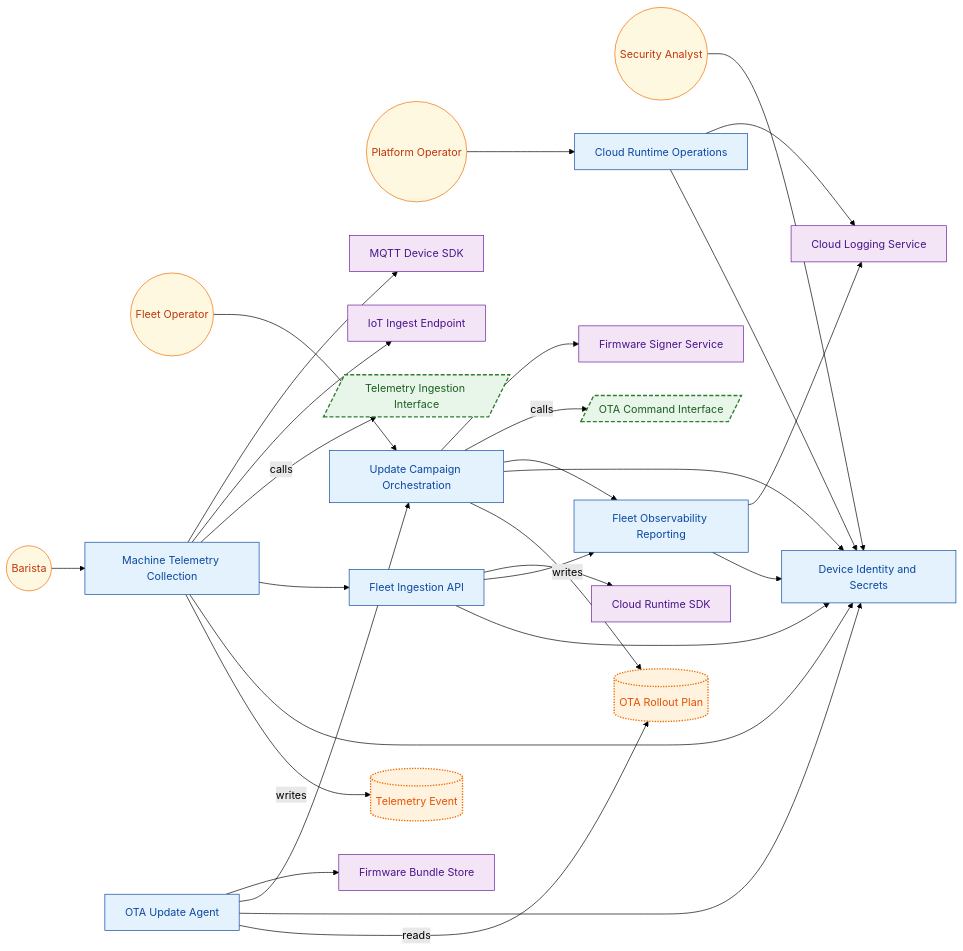
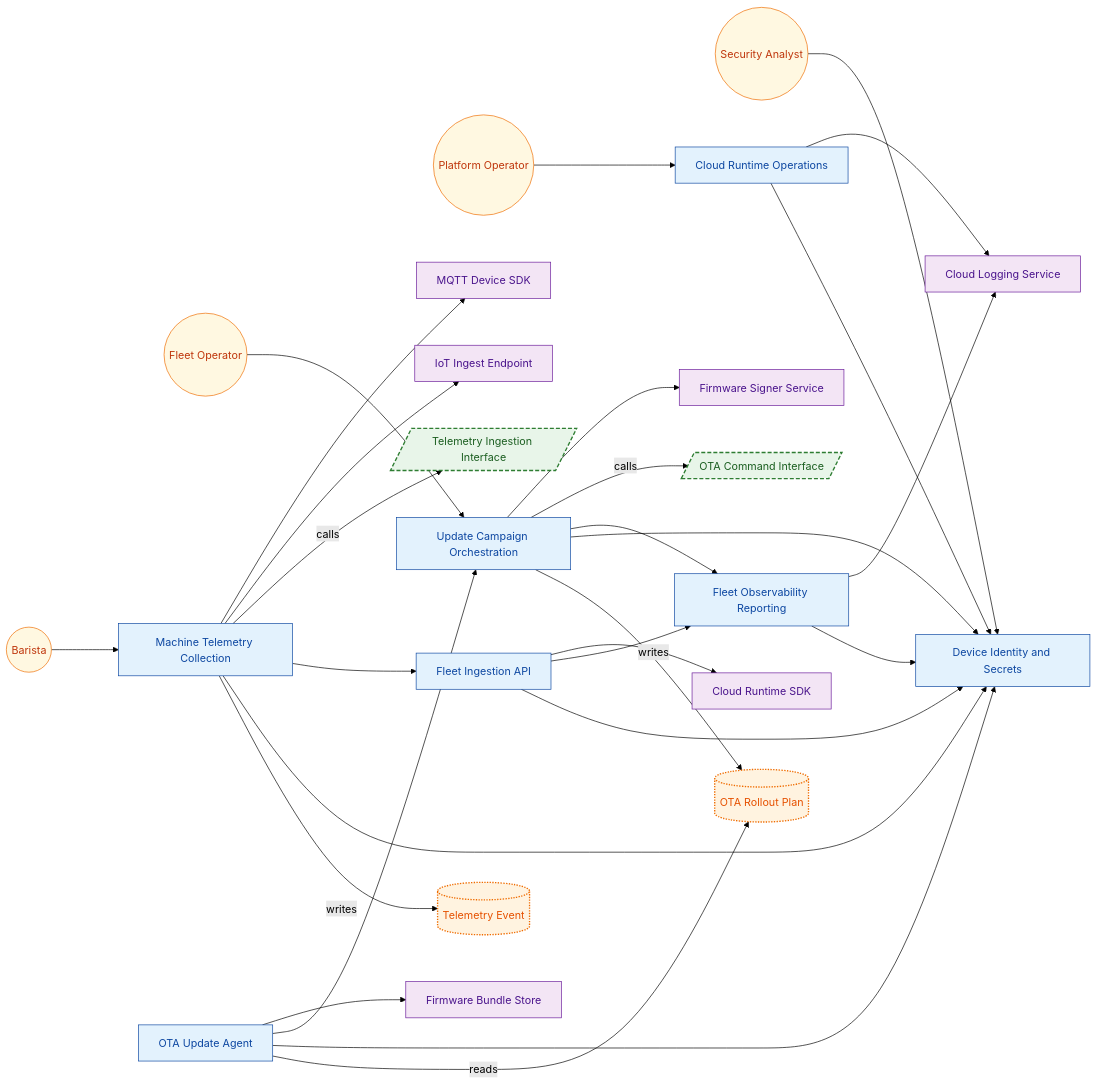
The diagram in examples/coffee-fleet-ota-cloud-sample/generated/VIEW-COMMUNICATION.mmd (labeth/engineering-model-go), drawn with Mermaid (forest theme) before and after one commit. The commit also changed 54 other files, not shown here.

```diff
--- a/examples/coffee-fleet-ota-cloud-sample/generated/VIEW-COMMUNICATION.mmd
+++ b/examples/coffee-fleet-ota-cloud-sample/generated/VIEW-COMMUNICATION.mmd
@@ -1,70 +1,71 @@
+%%{init: {"flowchart": {"nodeSpacing": 70, "rankSpacing": 100}}}%%
 flowchart LR
 %% view: VIEW-COMMUNICATION (communication)
 N_ACT_BARISTA(("Barista")):::actor
 N_ACT_FLEET_OPERATOR(("Fleet Operator")):::actor
 N_ACT_PLATFORM_OPERATOR(("Platform Operator")):::actor
 N_ACT_SECURITY_ANALYST(("Security Analyst")):::actor
 N_DO_COFFEE_OTA_PLAN[("OTA Rollout Plan")]:::data_object
 N_DO_COFFEE_TELEMETRY_EVENT[("Telemetry Event")]:::data_object
 N_FU_CLOUD_RUNTIME_OPERATIONS["Cloud Runtime Operations"]:::functional_unit
 N_FU_DEVICE_IDENTITY_SECRETS["Device Identity and Secrets"]:::functional_unit
 N_FU_FLEET_INGESTION_API["Fleet Ingestion API"]:::functional_unit
 N_FU_FLEET_OBSERVABILITY_REPORTING["Fleet Observability Reporting"]:::functional_unit
 N_FU_MACHINE_TELEMETRY_COLLECTION["Machine Telemetry Collection"]:::functional_unit
 N_FU_OTA_UPDATE_AGENT["OTA Update Agent"]:::functional_unit
 N_FU_UPDATE_CAMPAIGN_ORCHESTRATION["Update Campaign Orchestration"]:::functional_unit
 N_IF_COFFEE_OTA_COMMAND[/"OTA Command Interface"/]:::interface
 N_IF_COFFEE_TELEMETRY_INGEST[/"Telemetry Ingestion Interface"/]:::interface
 N_REF_CLOUD_LOGGING_SERVICE["Cloud Logging Service"]:::referenced_element
 N_REF_CLOUD_RUNTIME_SDK["Cloud Runtime SDK"]:::referenced_element
 N_REF_FIRMWARE_BUNDLE_STORE["Firmware Bundle Store"]:::referenced_element
 N_REF_FIRMWARE_SIGNER_SERVICE["Firmware Signer Service"]:::referenced_element
 N_REF_IOT_INGEST_ENDPOINT["IoT Ingest Endpoint"]:::referenced_element
 N_REF_MQTT_DEVICE_SDK["MQTT Device SDK"]:::referenced_element
 N_ACT_BARISTA --> N_FU_MACHINE_TELEMETRY_COLLECTION
 N_ACT_FLEET_OPERATOR --> N_FU_UPDATE_CAMPAIGN_ORCHESTRATION
 N_ACT_PLATFORM_OPERATOR --> N_FU_CLOUD_RUNTIME_OPERATIONS
 N_ACT_SECURITY_ANALYST --> N_FU_DEVICE_IDENTITY_SECRETS
 N_FU_CLOUD_RUNTIME_OPERATIONS --> N_FU_DEVICE_IDENTITY_SECRETS
 N_FU_CLOUD_RUNTIME_OPERATIONS --> N_REF_CLOUD_LOGGING_SERVICE
 N_FU_FLEET_INGESTION_API --> N_FU_DEVICE_IDENTITY_SECRETS
 N_FU_FLEET_INGESTION_API --> N_FU_FLEET_OBSERVABILITY_REPORTING
 N_FU_FLEET_INGESTION_API --> N_REF_CLOUD_RUNTIME_SDK
 N_FU_FLEET_OBSERVABILITY_REPORTING --> N_FU_DEVICE_IDENTITY_SECRETS
 N_FU_FLEET_OBSERVABILITY_REPORTING --> N_REF_CLOUD_LOGGING_SERVICE
 N_FU_MACHINE_TELEMETRY_COLLECTION -->|writes| N_DO_COFFEE_TELEMETRY_EVENT
 N_FU_MACHINE_TELEMETRY_COLLECTION --> N_FU_DEVICE_IDENTITY_SECRETS
 N_FU_MACHINE_TELEMETRY_COLLECTION --> N_FU_FLEET_INGESTION_API
 N_FU_MACHINE_TELEMETRY_COLLECTION -->|calls| N_IF_COFFEE_TELEMETRY_INGEST
 N_FU_MACHINE_TELEMETRY_COLLECTION --> N_REF_IOT_INGEST_ENDPOINT
 N_FU_MACHINE_TELEMETRY_COLLECTION --> N_REF_MQTT_DEVICE_SDK
 N_FU_OTA_UPDATE_AGENT -->|reads| N_DO_COFFEE_OTA_PLAN
 N_FU_OTA_UPDATE_AGENT --> N_FU_DEVICE_IDENTITY_SECRETS
 N_FU_OTA_UPDATE_AGENT --> N_FU_UPDATE_CAMPAIGN_ORCHESTRATION
 N_FU_OTA_UPDATE_AGENT --> N_REF_FIRMWARE_BUNDLE_STORE
 N_FU_UPDATE_CAMPAIGN_ORCHESTRATION -->|writes| N_DO_COFFEE_OTA_PLAN
 N_FU_UPDATE_CAMPAIGN_ORCHESTRATION --> N_FU_DEVICE_IDENTITY_SECRETS
 N_FU_UPDATE_CAMPAIGN_ORCHESTRATION --> N_FU_FLEET_OBSERVABILITY_REPORTING
 N_FU_UPDATE_CAMPAIGN_ORCHESTRATION -->|calls| N_IF_COFFEE_OTA_COMMAND
 N_FU_UPDATE_CAMPAIGN_ORCHESTRATION --> N_REF_FIRMWARE_SIGNER_SERVICE
 classDef system_boundary fill:#f5f5f5,stroke:#424242,stroke-width:2px,color:#212121;
 classDef functional_group fill:#e8f5e9,stroke:#1b5e20,stroke-width:1px,color:#1b5e20;
 classDef functional_unit fill:#e3f2fd,stroke:#0d47a1,stroke-width:1px,color:#0d47a1;
 classDef actor fill:#fff8e1,stroke:#ef6c00,stroke-width:1px,color:#bf360c;
 classDef attack_vector fill:#ffebee,stroke:#b71c1c,stroke-width:1px,color:#7f0000;
 classDef referenced_element fill:#f3e5f5,stroke:#6a1b9a,stroke-width:1px,color:#4a148c;
 classDef interface fill:#e8f5e9,stroke:#2e7d32,stroke-width:2px,stroke-dasharray: 6 3,color:#1b5e20;
 classDef data_object fill:#fff3e0,stroke:#ef6c00,stroke-width:2px,stroke-dasharray: 2 2,color:#e65100;
 classDef deployment_target fill:#ede7f6,stroke:#5e35b1,stroke-width:1px,color:#4527a0;
 classDef control fill:#fce4ec,stroke:#ad1457,stroke-width:1px,color:#880e4f;
 classDef trust_boundary fill:#e0f7fa,stroke:#006064,stroke-width:2px,stroke-dasharray: 10 4,color:#004d40;
 classDef state fill:#e1f5fe,stroke:#0277bd,stroke-width:1px,color:#01579b;
 classDef event fill:#fffde7,stroke:#f9a825,stroke-width:1px,color:#f57f17;
 classDef flow fill:#ede7f6,stroke:#4527a0,stroke-width:2px,color:#311b92;
 classDef flow_step fill:#f1f8e9,stroke:#33691e,stroke-width:2px,color:#1b5e20;
 classDef requirement fill:#fffde7,stroke:#f9a825,stroke-width:1px,color:#7f6000;
 classDef verification fill:#fce4ec,stroke:#ad1457,stroke-width:1px,color:#880e4f;
 classDef runtime_element fill:#b2ebf2,stroke:#00838f,stroke-width:1px,color:#006064;
 classDef deployment_element fill:#d7ccc8,stroke:#4e342e,stroke-width:1px,color:#2f1b14;
 classDef code_element fill:#eeeeee,stroke:#616161,stroke-width:1px,color:#212121;
 classDef unknown fill:#ffffff,stroke:#adb5bd,stroke-width:1px,color:#4f5b62;
```
